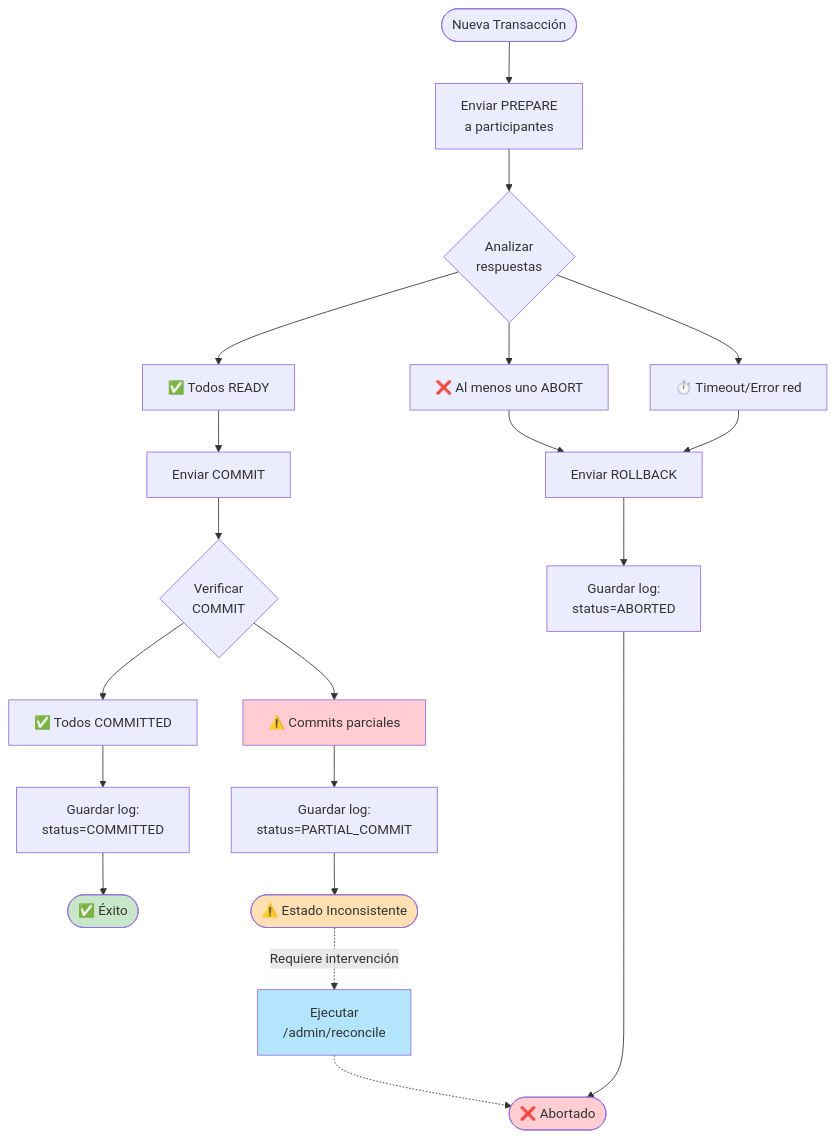
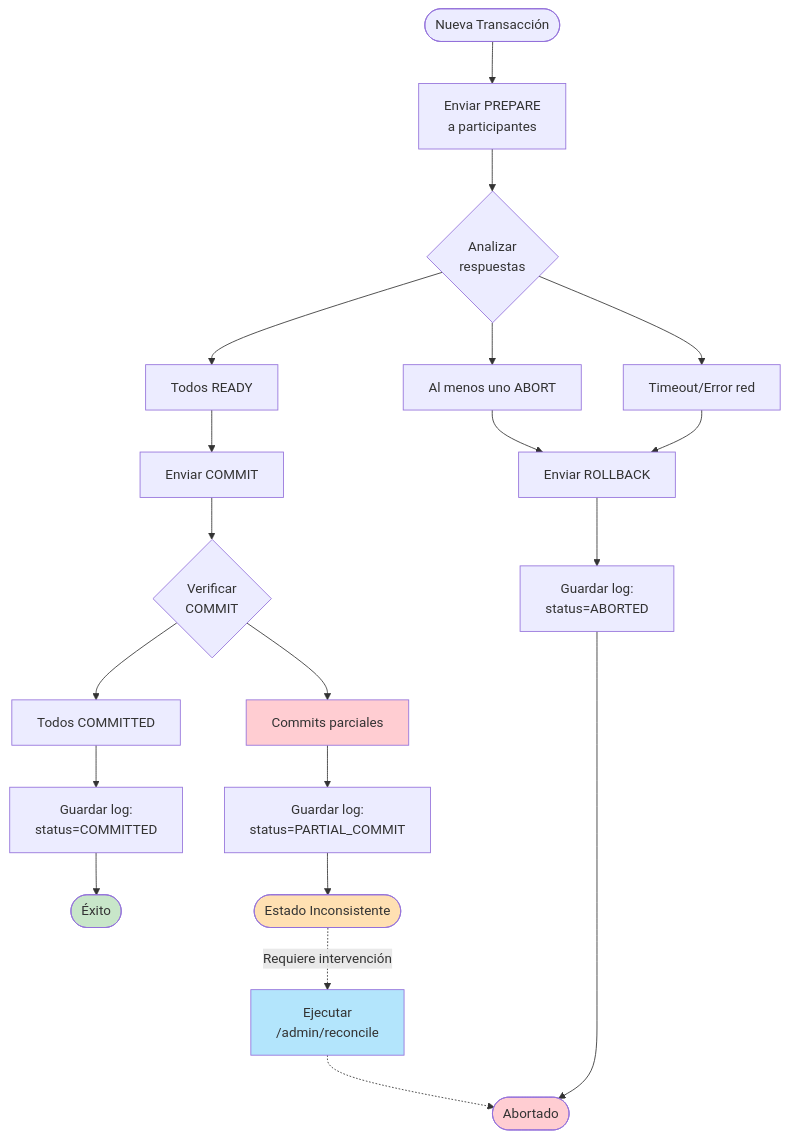
One commit to axlprz/APIv2final changed the seventh of 8 diagrams in README_DOCUMENTACION.md. Above: the diagram before and after it, drawn with Mermaid. The commit also changed other lines of this file, not shown here.

````diff
--- a/README_DOCUMENTACION.md
+++ b/README_DOCUMENTACION.md
@@ -455,63 +455,63 @@
 ```mermaid
 flowchart TD
     TX_START([Nueva Transacción])
     
     PREPARE[Enviar PREPARE<br/>a participantes]
     
     CHECK_RESP{Analizar<br/>respuestas}
     
-    ALL_READY[✅ Todos READY]
-    SOME_ABORT[❌ Al menos uno ABORT]
-    TIMEOUT[⏱️ Timeout/Error red]
+    ALL_READY[Todos READY]
+    SOME_ABORT[Al menos uno ABORT]
+    TIMEOUT[Timeout/Error red]
     
     COMMIT[Enviar COMMIT]
     ROLLBACK[Enviar ROLLBACK]
     
     CHECK_COMMIT{Verificar<br/>COMMIT}
     
-    ALL_COMMITTED[✅ Todos COMMITTED]
-    PARTIAL[⚠️ Commits parciales]
+    ALL_COMMITTED[Todos COMMITTED]
+    PARTIAL[Commits parciales]
     
     LOG_SUCCESS[Guardar log:<br/>status=COMMITTED]
     LOG_ABORT[Guardar log:<br/>status=ABORTED]
     LOG_PARTIAL[Guardar log:<br/>status=PARTIAL_COMMIT]
     
-    SUCCESS([✅ Éxito])
-    ABORTED([❌ Abortado])
-    INCONSISTENT([⚠️ Estado Inconsistente])
+    SUCCESS([Éxito])
+    ABORTED([ Abortado])
+    INCONSISTENT([Estado Inconsistente])
     
     RECONCILE[Ejecutar<br/>/admin/reconcile]
     
     TX_START --> PREPARE
     PREPARE --> CHECK_RESP
     
     CHECK_RESP --> ALL_READY
     CHECK_RESP --> SOME_ABORT
     CHECK_RESP --> TIMEOUT
     
     ALL_READY --> COMMIT
     SOME_ABORT --> ROLLBACK
     TIMEOUT --> ROLLBACK
     
     COMMIT --> CHECK_COMMIT
     ROLLBACK --> LOG_ABORT
     
     CHECK_COMMIT --> ALL_COMMITTED
     CHECK_COMMIT --> PARTIAL
     
     ALL_COMMITTED --> LOG_SUCCESS
     PARTIAL --> LOG_PARTIAL
     
     LOG_SUCCESS --> SUCCESS
     LOG_ABORT --> ABORTED
     LOG_PARTIAL --> INCONSISTENT
     
     INCONSISTENT -.->|Requiere intervención| RECONCILE
     RECONCILE -.-> ABORTED
     
     style SUCCESS fill:#c8e6c9
     style ABORTED fill:#ffcdd2
     style INCONSISTENT fill:#ffe0b2
     style RECONCILE fill:#b3e5fc
     style PARTIAL fill:#ffcdd2
 ```
````
